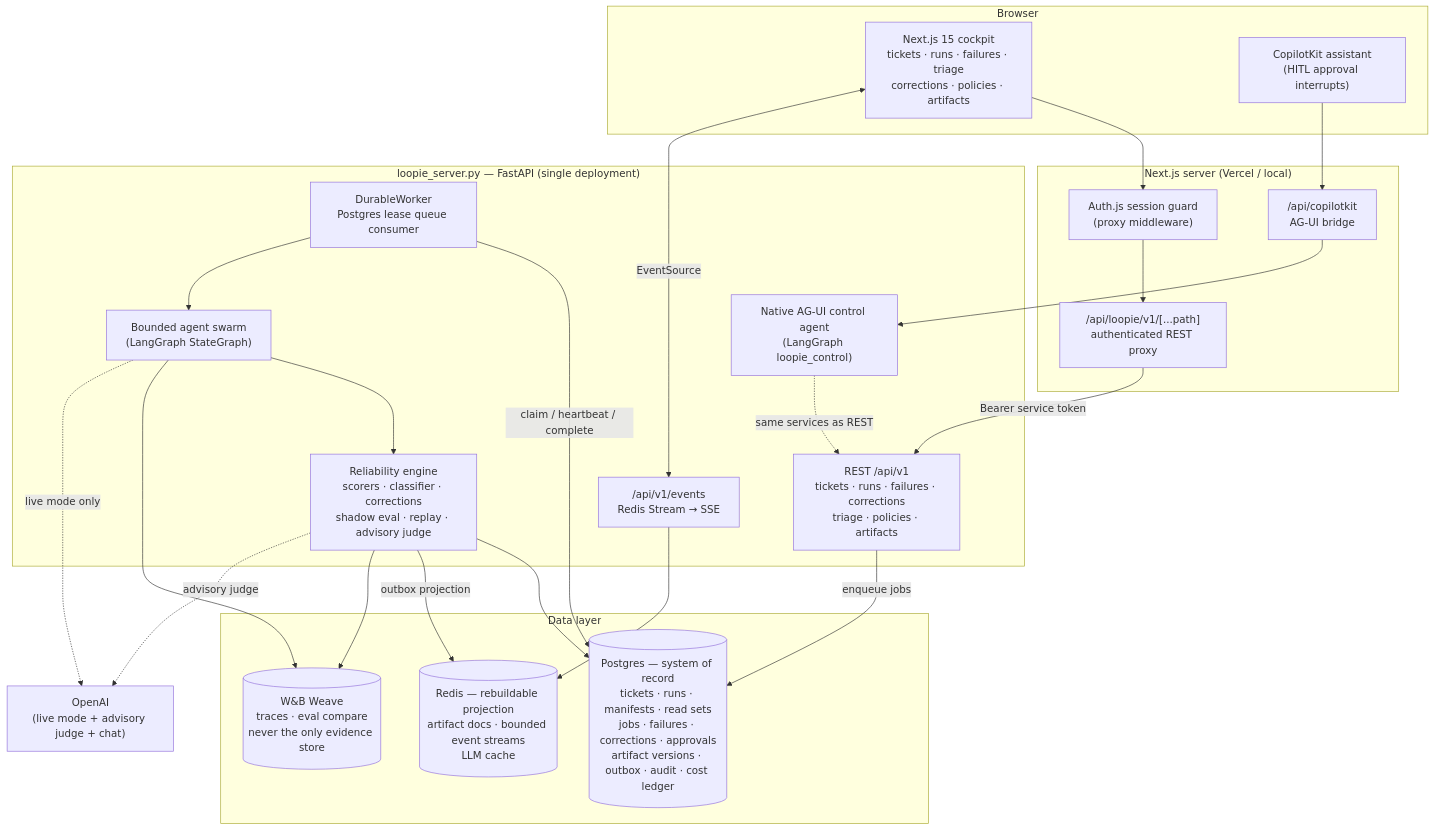
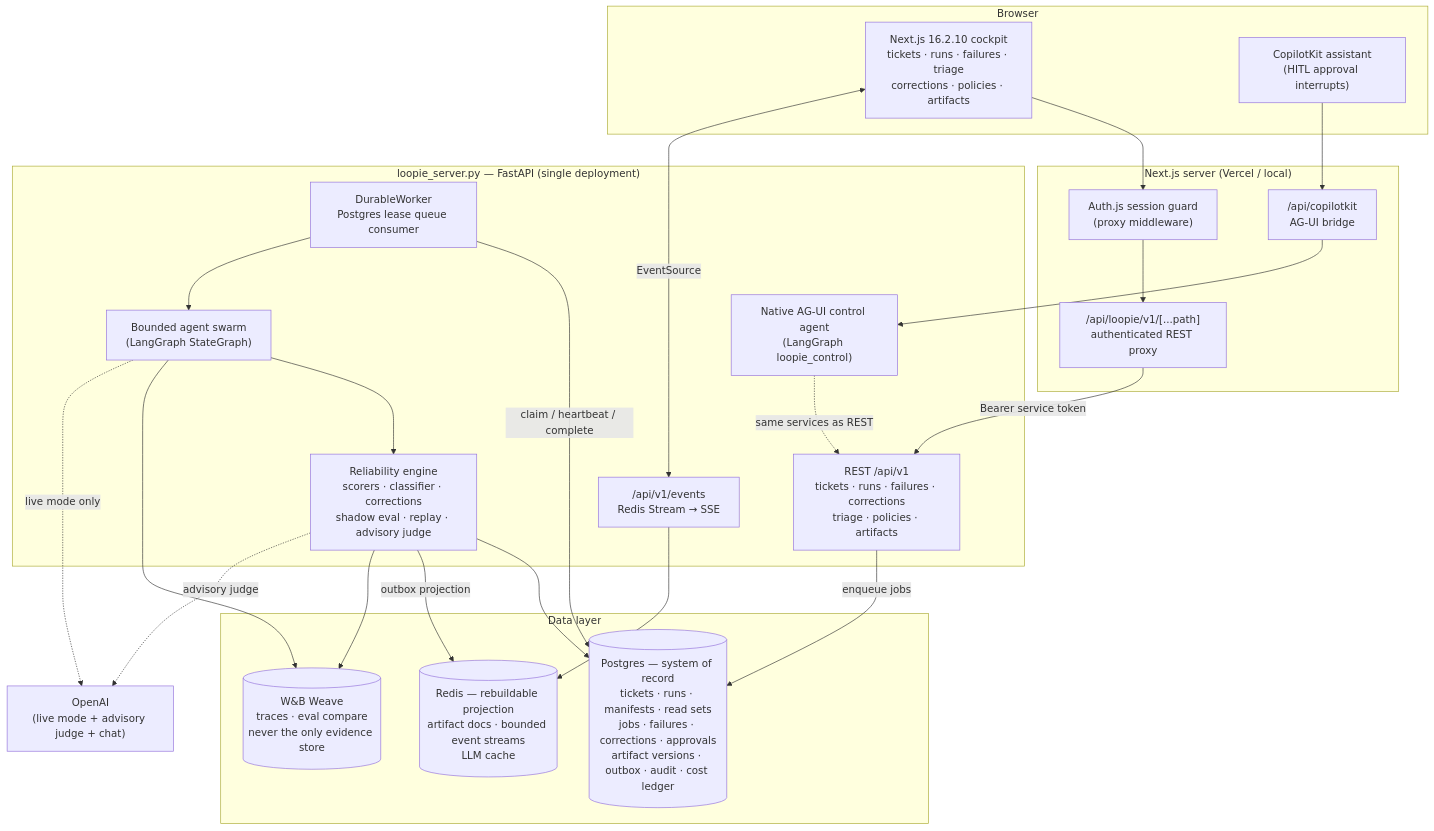
The first of 4 diagrams in README.md (kathangabani-nyu/Loopie), drawn with Mermaid before and after one commit.

Commit message:
Update Next.js version in README

````diff
--- a/README.md
+++ b/README.md
@@ -61,45 +61,45 @@
 ```mermaid
 flowchart TB
     subgraph Client["Browser"]
-        UI["Next.js 15 cockpit<br/>tickets · runs · failures · triage<br/>corrections · policies · artifacts"]
+        UI["Next.js 16.2.10 cockpit<br/>tickets · runs · failures · triage<br/>corrections · policies · artifacts"]
         Chat["CopilotKit assistant<br/>(HITL approval interrupts)"]
     end
 
     subgraph Front["Next.js server (Vercel / local)"]
         Auth["Auth.js session guard<br/>(proxy middleware)"]
         Proxy["/api/loopie/v1/[...path]<br/>authenticated REST proxy"]
         CKR["/api/copilotkit<br/>AG-UI bridge"]
     end
 
     subgraph Backend["loopie_server.py — FastAPI (single deployment)"]
         REST["REST /api/v1<br/>tickets · runs · failures · corrections<br/>triage · policies · artifacts"]
         AGUI["Native AG-UI control agent<br/>(LangGraph loopie_control)"]
         Worker["DurableWorker<br/>Postgres lease queue consumer"]
         SSE["/api/v1/events<br/>Redis Stream → SSE"]
         Swarm["Bounded agent swarm<br/>(LangGraph StateGraph)"]
         Rel["Reliability engine<br/>scorers · classifier · corrections<br/>shadow eval · replay · advisory judge"]
     end
 
     subgraph Stores["Data layer"]
         PG[("Postgres — system of record<br/>tickets · runs · manifests · read sets<br/>jobs · failures · corrections · approvals<br/>artifact versions · outbox · audit · cost ledger")]
         Redis[("Redis — rebuildable projection<br/>artifact docs · bounded event streams<br/>LLM cache")]
         Weave[("W&B Weave<br/>traces · eval compare<br/>never the only evidence store")]
     end
 
     OpenAI["OpenAI<br/>(live mode + advisory judge + chat)"]
 
     UI --> Auth --> Proxy -->|"Bearer service token"| REST
     Chat --> CKR --> AGUI
     AGUI -.->|"same services as REST"| REST
     REST -->|enqueue jobs| PG
     Worker -->|"claim / heartbeat / complete"| PG
     Worker --> Swarm --> Rel
     Rel --> PG
     Rel -->|"outbox projection"| Redis
     SSE --> Redis
     UI <-->|EventSource| SSE
     Swarm --> Weave
     Rel --> Weave
     Swarm -.->|live mode only| OpenAI
     Rel -.->|advisory judge| OpenAI
 ```
````
